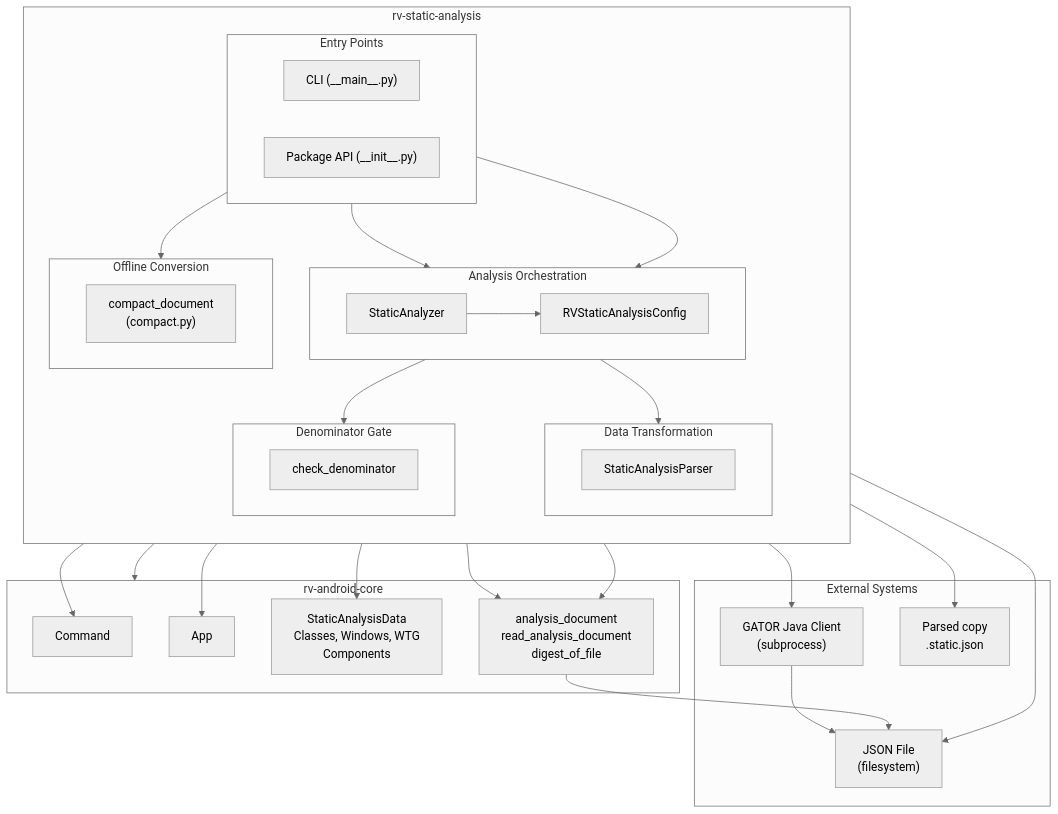
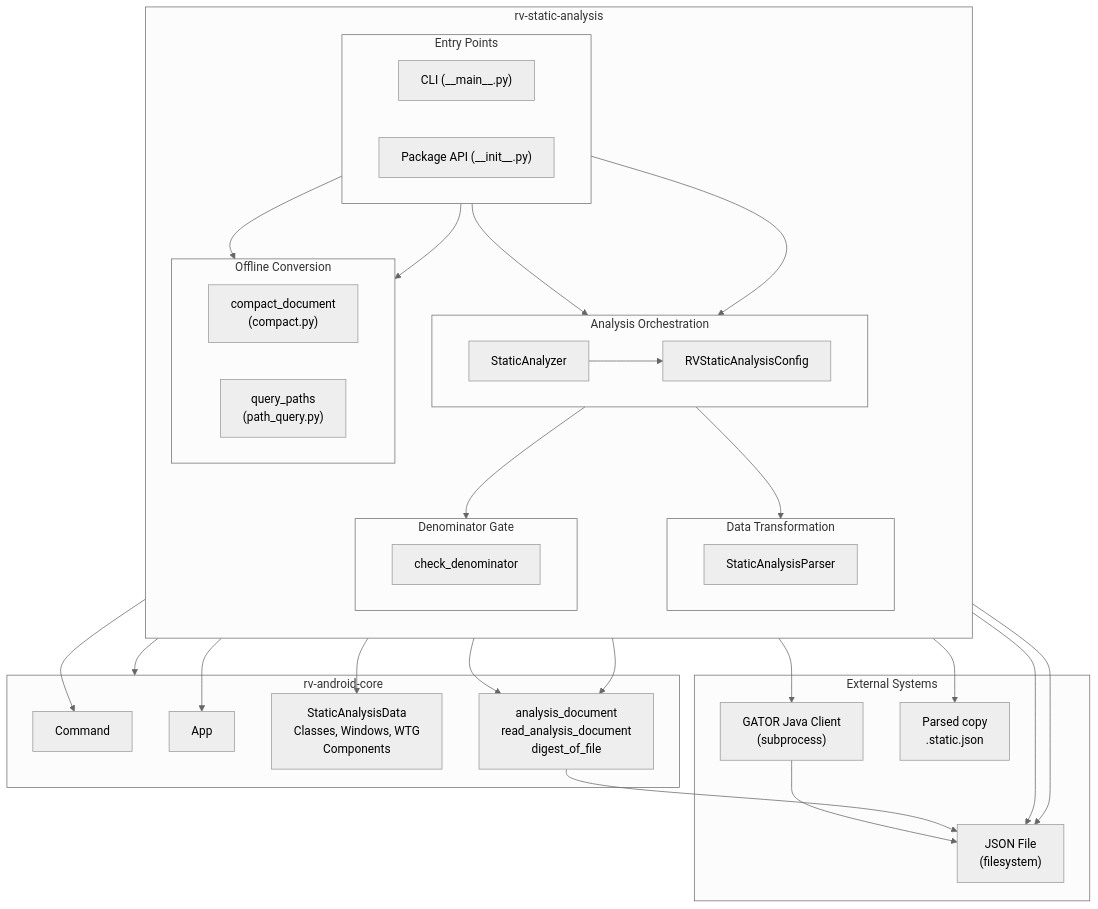
The second of 6 diagrams in rv-android/modules/rv-static-analysis/docs/architecture.md (PAMunb/rvsec), drawn with Mermaid before and after one commit. The commit also changed other lines of this file and 80 other files, not shown here.

````diff
--- a/rv-android/modules/rv-static-analysis/docs/architecture.md
+++ b/rv-android/modules/rv-static-analysis/docs/architecture.md
@@ -331,60 +347,63 @@
 ```mermaid
 %%{init: {'theme': 'neutral'}}%%
 flowchart TB
     subgraph Module["rv-static-analysis"]
         direction TB
         subgraph Orchestration["Analysis Orchestration"]
             direction LR
             SA["StaticAnalyzer"]
             CFG["RVStaticAnalysisConfig"]
         end
         subgraph Parsing["Data Transformation"]
             direction LR
             SAP["StaticAnalysisParser"]
         end
         subgraph Gating["Denominator Gate"]
             direction LR
             GATE["check_denominator"]
         end
         subgraph EntryPoints["Entry Points"]
             direction LR
             CLI["CLI (__main__.py)"]
             PKG["Package API (__init__.py)"]
         end
         subgraph Conversion["Offline Conversion"]
             direction LR
             CONV["compact_document\n(compact.py)"]
+            PQ["query_paths\n(path_query.py)"]
         end
     end
 
     subgraph External["External Systems"]
         GATOR["GATOR Java Client\n(subprocess)"]
         FS["JSON File\n(filesystem)"]
         COPY["Parsed copy\n<apk>.static.json"]
     end
 
     subgraph Core["rv-android-core"]
         CMD["Command"]
         APP["App"]
         DOM["StaticAnalysisData\nClasses, Windows, WTG\nComponents"]
         DOC["analysis_document\nread_analysis_document\ndigest_of_file"]
     end
 
     CLI --> SA
     PKG --> SA
     SA --> CFG
     SA --> CMD
     SA --> GATOR
     GATOR --> FS
     SA --> SAP
     SA --> GATE
     SAP --> DOC
     DOC --> FS
     SAP --> COPY
     SAP --> DOM
     CLI --> CONV
     CONV --> DOC
     CONV --> FS
+    CLI --> PQ
+    PQ --> FS
     SA --> APP
     CFG --> Core
 ```
````
